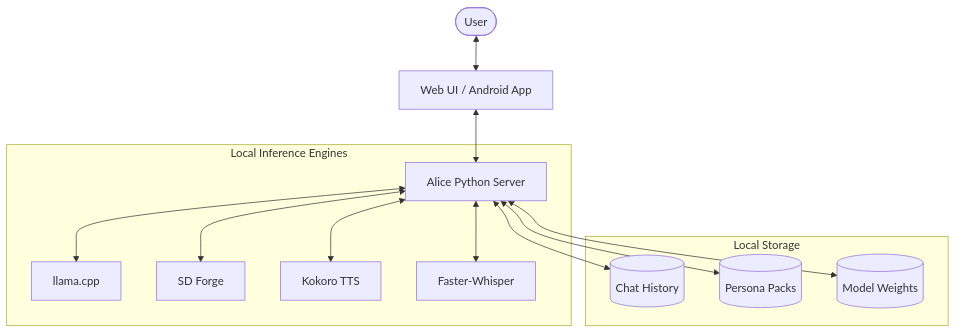
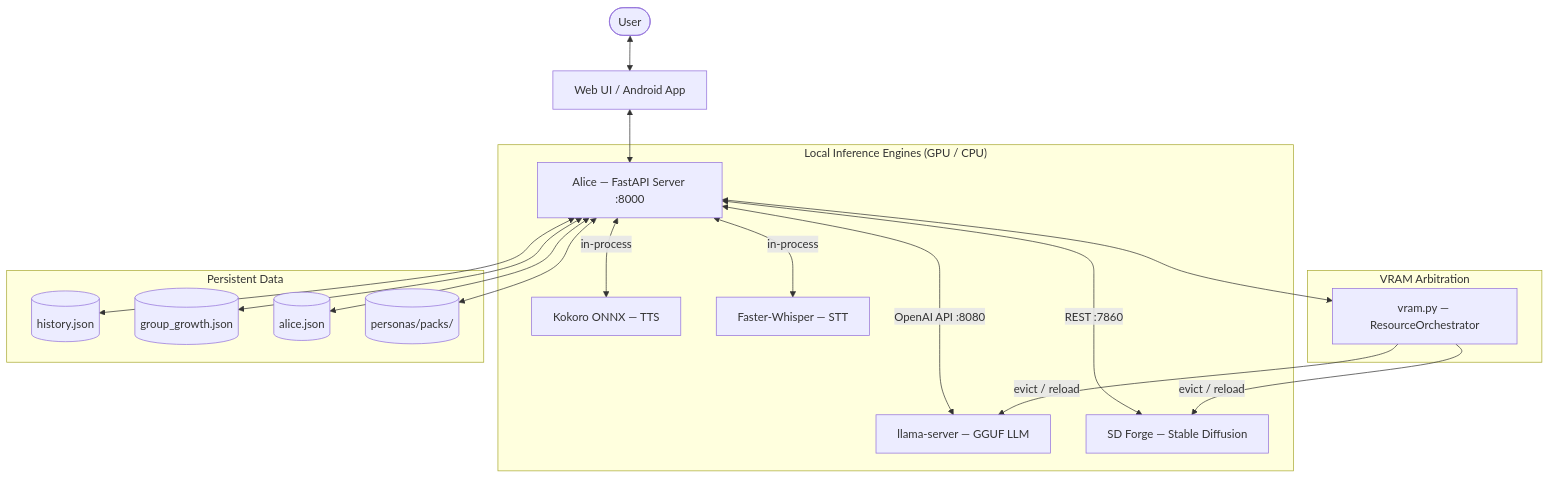
The first of 8 diagrams in Readme.md (cschladetsch/PyLocalEnsemble), drawn with Mermaid before and after one commit. The commit also changed other lines of this file and 2 other files, not shown here.

First line of the commit message:
Update all .md files with accurate mermaid diagrams

````diff
--- a/Readme.md
+++ b/Readme.md
@@ -13,18 +13,25 @@
 ```mermaid
 graph TD
     User([User]) <--> UI[Web UI / Android App]
-    UI <--> Alice[Alice Python Server]
-    
-    subgraph Engines ["Local Inference Engines"]
-        Alice <--> LLM[llama.cpp]
-        Alice <--> SD[SD Forge]
-        Alice <--> TTS[Kokoro TTS]
-        Alice <--> STT[Faster-Whisper]
+    UI <--> Alice[Alice — FastAPI Server :8000]
+
+    subgraph Engines ["Local Inference Engines (GPU / CPU)"]
+        Alice <-->|OpenAI API :8080| LLM[llama-server — GGUF LLM]
+        Alice <-->|REST :7860| SD[SD Forge — Stable Diffusion]
+        Alice <-->|in-process| TTS[Kokoro ONNX — TTS]
+        Alice <-->|in-process| STT[Faster-Whisper — STT]
     end
-    
-    subgraph Storage ["Local Storage"]
-        Alice <--> Hist[(Chat History)]
-        Alice <--> Packs[(Persona Packs)]
-        Alice <--> Models[(Model Weights)]
+
+    subgraph Arb ["VRAM Arbitration"]
+        Alice <--> Orch[vram.py — ResourceOrchestrator]
+        Orch -->|evict / reload| LLM
+        Orch -->|evict / reload| SD
+    end
+
+    subgraph Storage ["Persistent Data"]
+        Alice <--> Hist[(history.json)]
+        Alice <--> Growth[(group_growth.json)]
+        Alice <--> Cfg[(alice.json)]
+        Alice <--> Packs[(personas/packs/)]
     end
 ```
````
